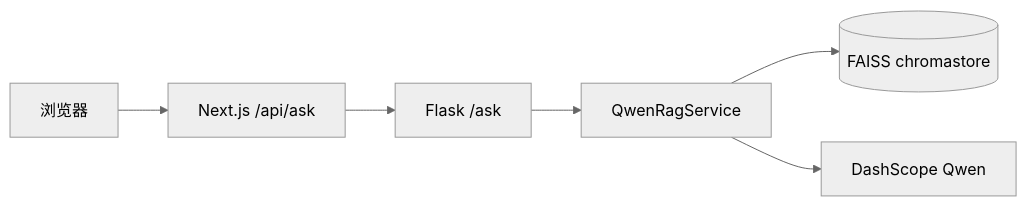
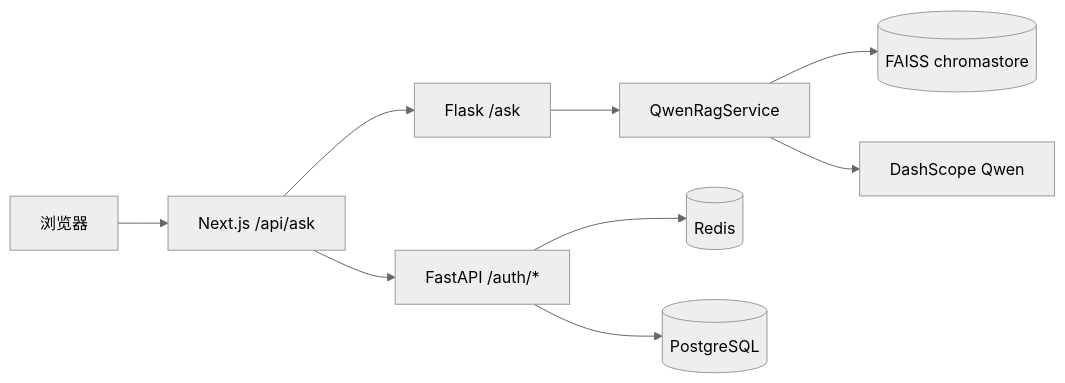
The diagram in README.md (vip001/LLM), drawn with Mermaid (neutral theme) before and after one commit. The commit also changed other lines of this file and 19 other files, not shown here.

````diff
--- a/README.md
+++ b/README.md
@@ -57,8 +62,11 @@
 ```mermaid
 flowchart LR
   Browser[浏览器] --> Next[Next.js /api/ask]
   Next --> Flask[Flask /ask]
+  Next --> Auth[FastAPI /auth/*]
   Flask --> RAG[QwenRagService]
   RAG --> FAISS[(FAISS chromastore)]
   RAG --> DS[DashScope Qwen]
+  Auth --> Redis[(Redis)]
+  Auth --> Postgres[(PostgreSQL)]
 ```
````
